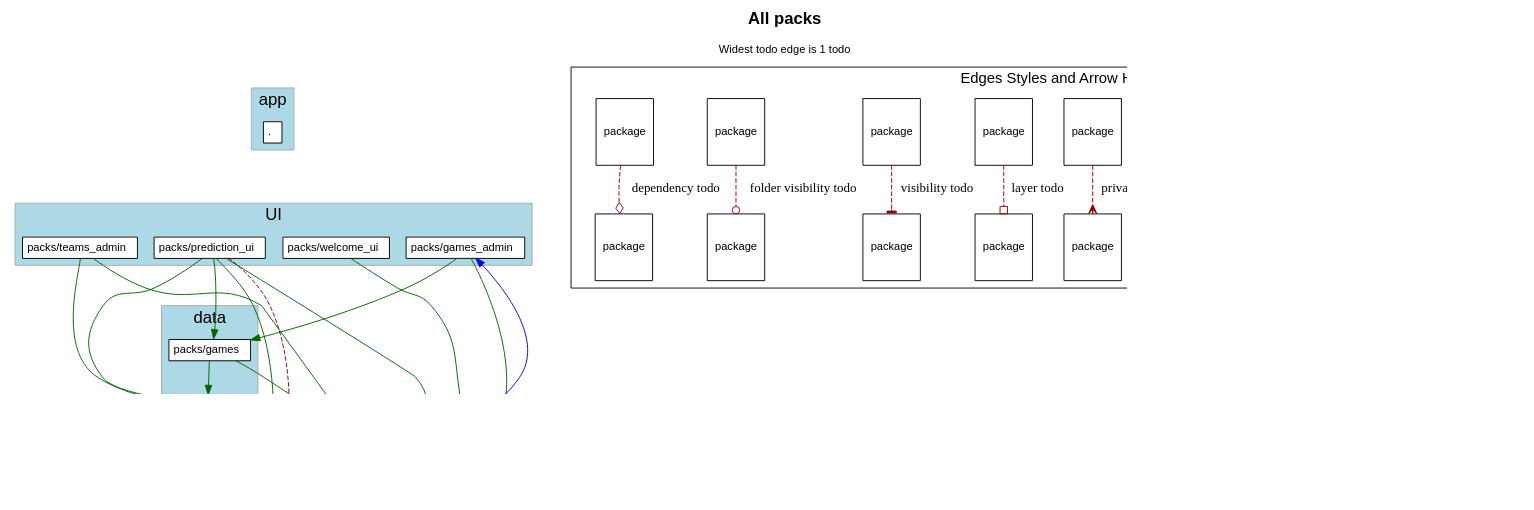
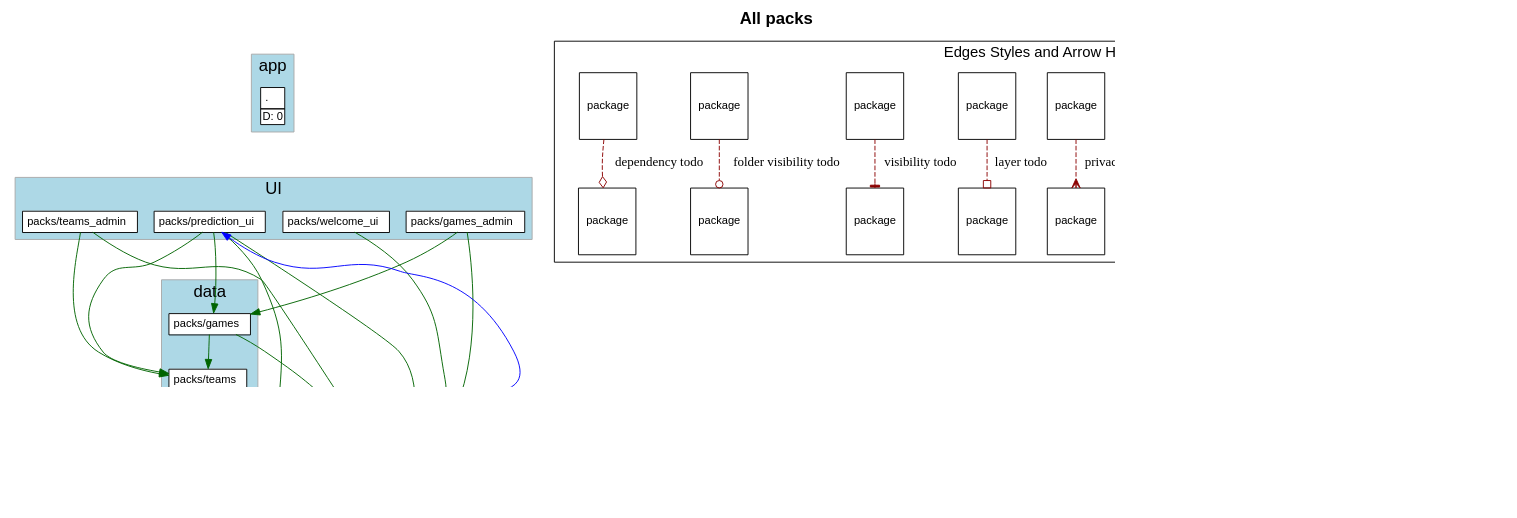
One commit to shageman/package-based-rails-applications changed the diagram in diagrams/all_packs_with_todo.dot. Above: the diagram before and after it, drawn with Graphviz. The commit also changed 12 other files, not shown here.

```diff
--- a/diagrams/all_packs_with_todo.dot
+++ b/diagrams/all_packs_with_todo.dot
@@ -5,7 +5,7 @@
     fontname="Helvetica,Arial,sans-serif"
     dpi=100
     layout=dot
-    label=<<b>All packs</b><br/><br/><font point-size='12'>Widest todo edge is 1 todo</font>>
+    label=<<b>All packs</b><br/>>
     fontsize=18
   ]
   node [
@@ -30,6 +30,7 @@
             label= <
                 <table border='0' cellborder='1' cellspacing='0' cellpadding='4'>
                   <tr> <td align='left'> . </td> </tr>
+                  <tr><td CELLPADDING='1' ALIGN='RIGHT'>D: 0</td></tr>
                 </table>
               >
           ]
@@ -132,6 +133,7 @@
                     <tr> <td port='private'> packs/predictor </td> </tr>
                   </table>
                   </td></tr>
+                  <tr><td CELLPADDING='1' ALIGN='RIGHT'>D: 1</td></tr>
                   </table>
               >
           ]
@@ -169,12 +171,7 @@
           "packs/teams_admin" -> "packs/rails_shims" [ color=darkgreen ]
           "packs/teams_admin" -> "packs/teams" [ color=darkgreen ]
           "packs/welcome_ui" -> "packs/rails_shims" [ color=darkgreen ]
-            "packs/prediction_ui" -> "packs/predictor" [
-                constraint=false
-              # headlabel="visibility"
-color=darkred style=dashed arrowhead=tee
-              penwidth=1            ]
-        "packs/predictor" -> "packs/games_admin" [ color=blue constraint=false ]
+        "packs/predictor" -> "packs/prediction_ui" [ color=blue constraint=false ]
     subgraph cluster_legend {
       fontsize=16
       label="Edges Styles and Arrow Heads"
```
